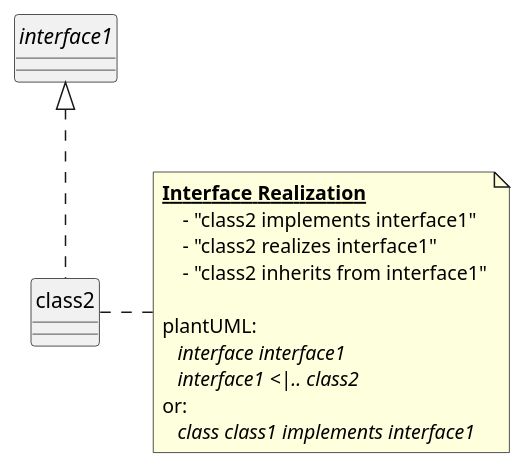
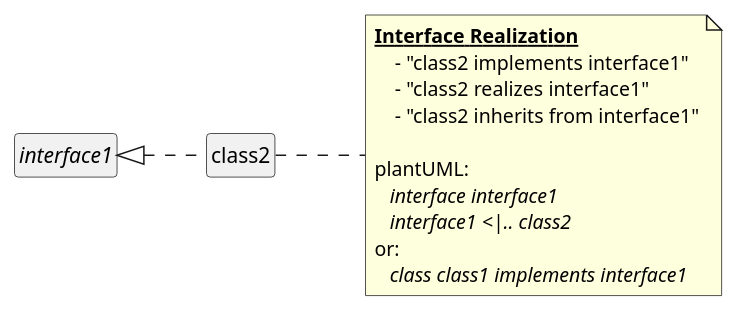
Diagram 20 of 33 in uml_markdown_summary.md (chraxo/UmlMarkdownCheatSheet), drawn with PlantUML before and after one commit. The commit also changed other lines of this file, not shown here.

```diff
--- a/uml_markdown_summary.md
+++ b/uml_markdown_summary.md
@@ -404,25 +530,25 @@
 @startuml
     skinparam classFontName Consolas
     skinparam classAttributeFontName Consolas
     skinparam noteFontName Consolas
 
-    'hide empty members
-    'left to right direction
+    hide empty members
+    left to right direction
     skinparam style strictuml
 
     interface interface1
     interface1 <|.. class2
 
     note right 
         **__Interface Realization__**
             - "class2 implements interface1"
             - "class2 realizes interface1"
             - "class2 inherits from interface1"
         
         plantUML: 
            //interface interface1//
            //interface1 <|.. class2//
         or:
            //class class1 implements interface1//
     end note
 @enduml
```
